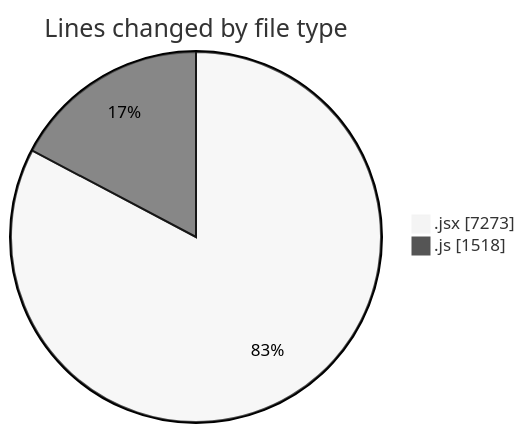
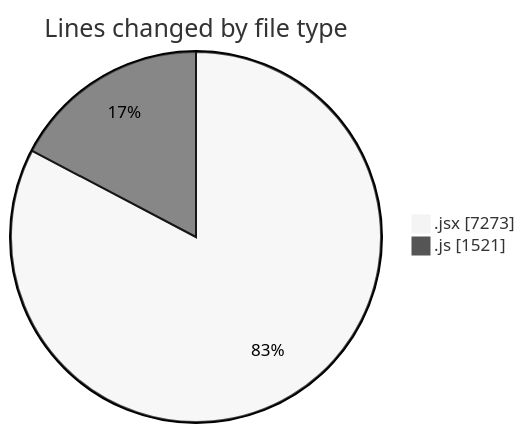
Before and after one commit to nxtqubesakshisongat/code-tracking: the first of 2 diagrams in 2025-12-11/nxtqube_webapp/README.md, drawn with Mermaid (neutral theme). The commit also changed other lines of this file and 1 other file, not shown here.

````diff
--- a/2025-12-11/nxtqube_webapp/README.md
+++ b/2025-12-11/nxtqube_webapp/README.md
@@ -32,6 +32,6 @@
 ```mermaid
 pie showData
 title Lines changed by file type
 ".jsx" : 7273
-".js" : 1518
+".js" : 1521
 ```
````
